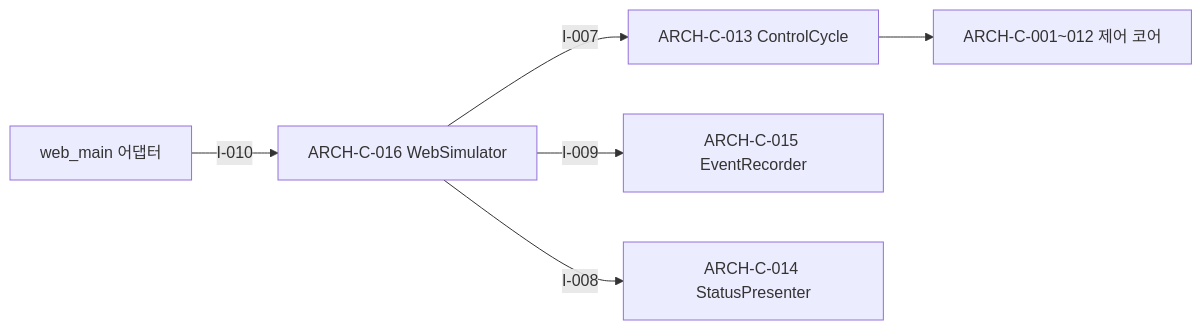
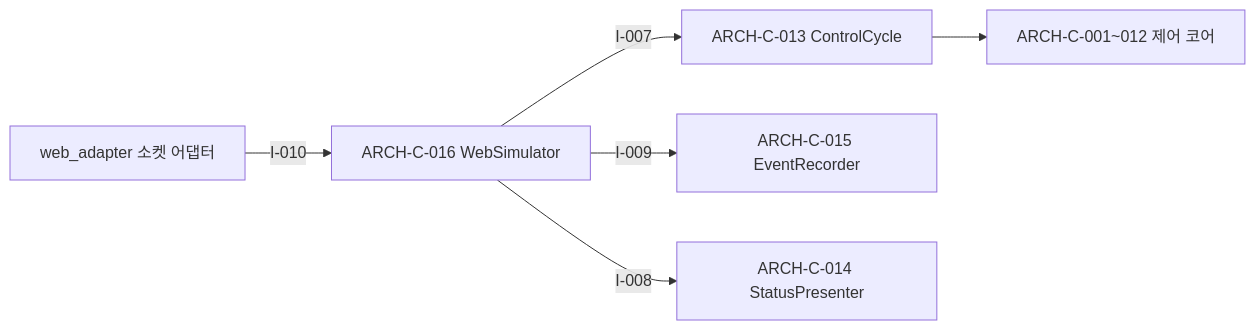
One commit to D2Papa/ClaudeClang changed the first of 2 diagrams in docs/architecture/ARCH-iter2.md. Above: the diagram before and after it, drawn with Mermaid. The commit also changed other lines of this file and 8 other files, not shown here.

````diff
--- a/docs/architecture/ARCH-iter2.md
+++ b/docs/architecture/ARCH-iter2.md
@@ -26,8 +26,8 @@
 ```mermaid
 flowchart LR
-    H[web_main 어댑터] -->|I-010| C16[ARCH-C-016 WebSimulator]
+    H[web_adapter 소켓 어댑터] -->|I-010| C16[ARCH-C-016 WebSimulator]
     C16 -->|I-007| C13[ARCH-C-013 ControlCycle]
     C16 -->|I-009| C15[ARCH-C-015 EventRecorder]
     C16 -->|I-008| C14[ARCH-C-014 StatusPresenter]
     C13 --> CORE[ARCH-C-001~012 제어 코어]
 ```
````
